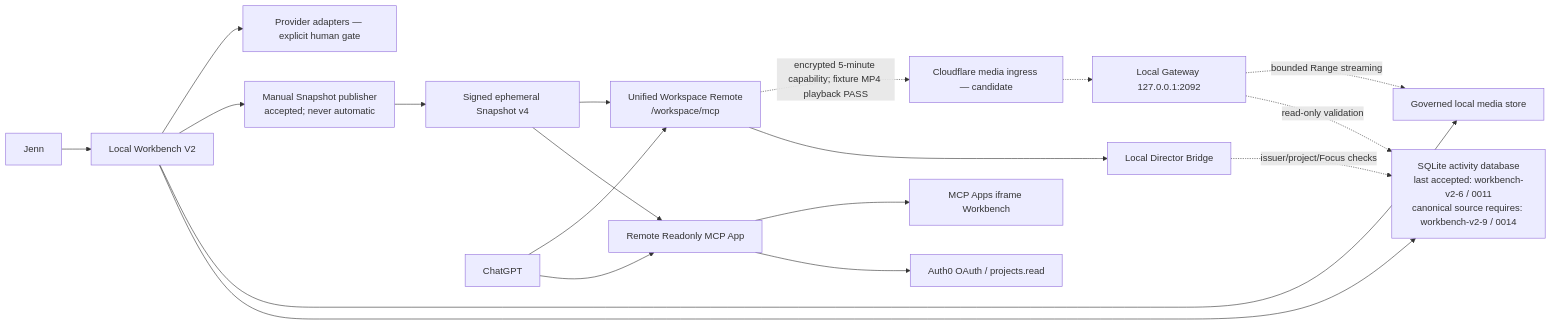
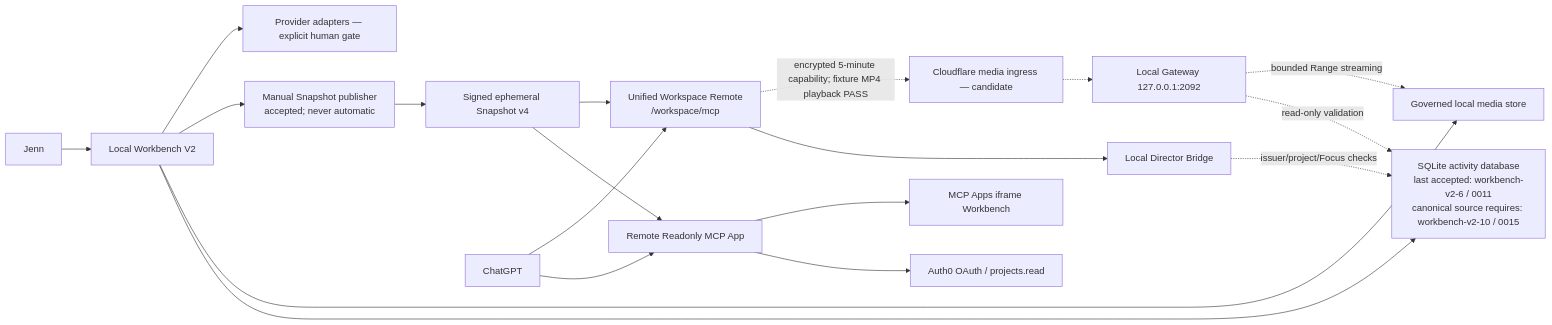
Before and after one commit to JENN2046/AI-Video-Production-Local-Bridge: the diagram in docs/ARCHITECTURE.md, drawn with Mermaid. The commit also changed other lines of this file and 40 other files, not shown here.

````diff
--- a/docs/ARCHITECTURE.md
+++ b/docs/ARCHITECTURE.md
@@ -8,21 +8,21 @@
 ```mermaid
 flowchart LR
     J["Jenn"] --> W["Local Workbench V2"]
-    W --> DB["SQLite activity database\nlast accepted: workbench-v2-6 / 0011\ncanonical source requires: workbench-v2-9 / 0014"]
+    W --> DB["SQLite activity database\nlast accepted: workbench-v2-6 / 0011\ncanonical source requires: workbench-v2-10 / 0015"]
     W --> FS["Governed local media store"]
     W --> PA["Manual Snapshot publisher\naccepted; never automatic"]
     PA --> SS["Signed ephemeral Snapshot v4"]
     SS --> RM["Remote Readonly MCP App"]
     C["ChatGPT"] --> RM
     RM --> AU["Auth0 OAuth / projects.read"]
     RM --> UI["MCP Apps iframe Workbench"]
     C --> UW["Unified Workspace Remote\n/workspace/mcp"]
     SS --> UW
     UW --> DBR["Local Director Bridge"]
     DBR -. "issuer/project/Focus checks" .-> DB
     UW -. "encrypted 5-minute capability; fixture MP4 playback PASS" .-> CF["Cloudflare media ingress — candidate"]
     CF -.-> GW["Local Gateway 127.0.0.1:2092"]
     GW -. "read-only validation" .-> DB
     GW -. "bounded Range streaming" .-> FS
     W --> PR["Provider adapters — explicit human gate"]
 ```
````
